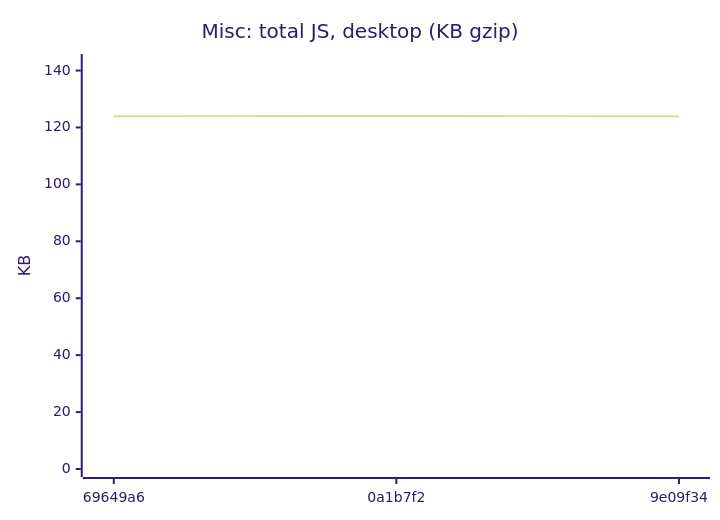
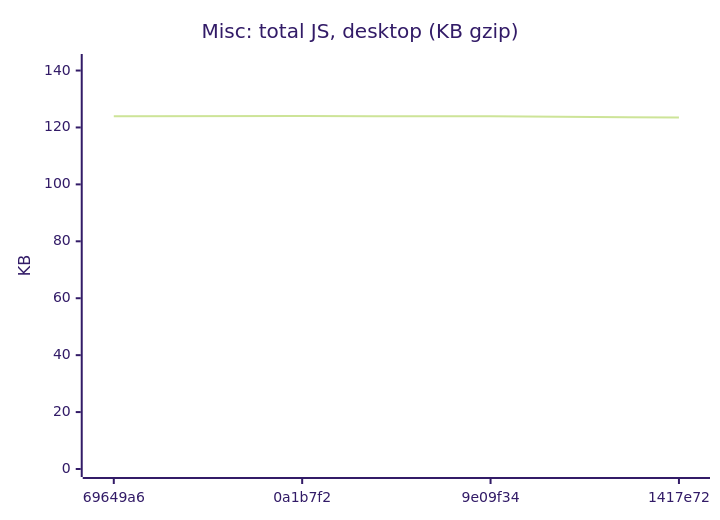
The seventh of 18 diagrams in README.md (AxelUser/maltsev.space), drawn with Mermaid (forest theme) before and after one commit. The commit also changed other lines of this file and 1 other file, not shown here.

````diff
--- a/README.md
+++ b/README.md
@@ -89,7 +89,7 @@
 ```mermaid
 xychart-beta
   title "Misc: total JS, desktop (KB gzip)"
-  x-axis ["69649a6", "0a1b7f2", "9e09f34"]
+  x-axis ["69649a6", "0a1b7f2", "9e09f34", "1417e72"]
   y-axis "KB" 0 --> 143
-  line [123.9, 124, 123.9]
+  line [123.9, 124, 123.9, 123.5]
 ```
````
